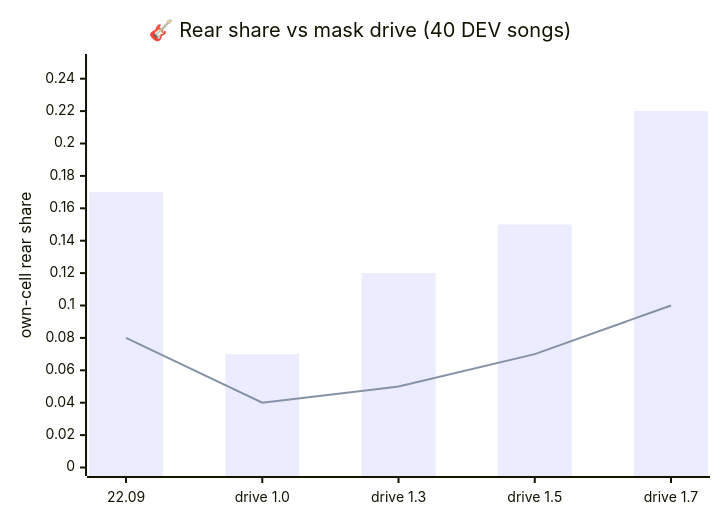
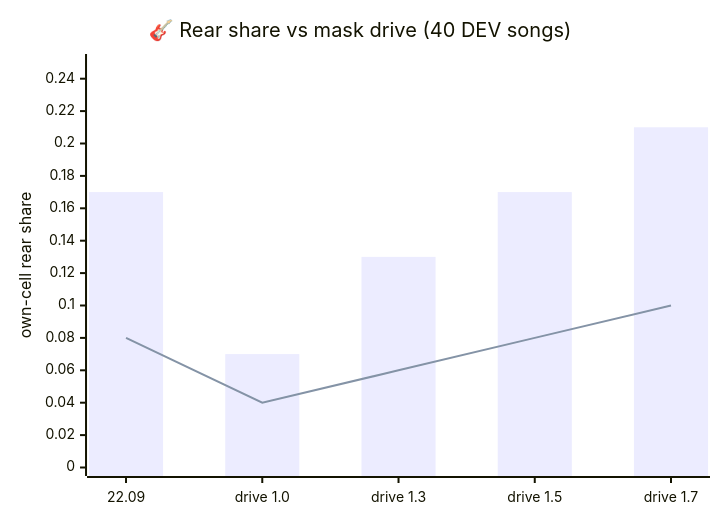
One commit to luka-dev/mib2q-carplay-rgi changed the fifth of 5 diagrams in docs/audio/UPMIX_MASK_PHASE1_REPORT_2026-09-27.md. Above: the diagram before and after it, drawn with Mermaid. The commit also changed other lines of this file and 3 other files, not shown here.

````diff
--- a/docs/audio/UPMIX_MASK_PHASE1_REPORT_2026-09-27.md
+++ b/docs/audio/UPMIX_MASK_PHASE1_REPORT_2026-09-27.md
@@ -180,8 +180,8 @@
 ```mermaid
 xychart-beta
     title "🎸 Rear share vs mask drive (40 DEV songs)"
     x-axis ["22.09", "drive 1.0", "drive 1.3", "drive 1.5", "drive 1.7"]
     y-axis "own-cell rear share" 0 --> 0.25
-    bar [0.17, 0.07, 0.12, 0.15, 0.22]
-    line [0.08, 0.04, 0.05, 0.07, 0.10]
+    bar [0.17, 0.07, 0.13, 0.17, 0.21]
+    line [0.08, 0.04, 0.06, 0.08, 0.10]
 ```
````
